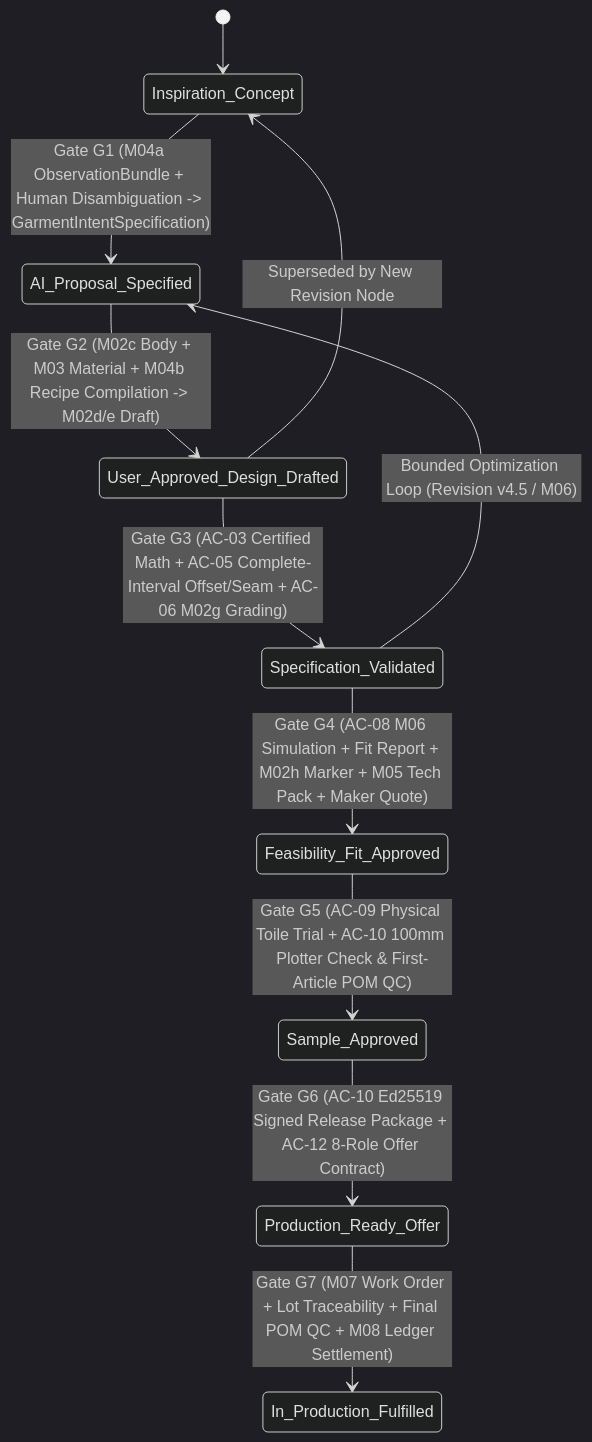
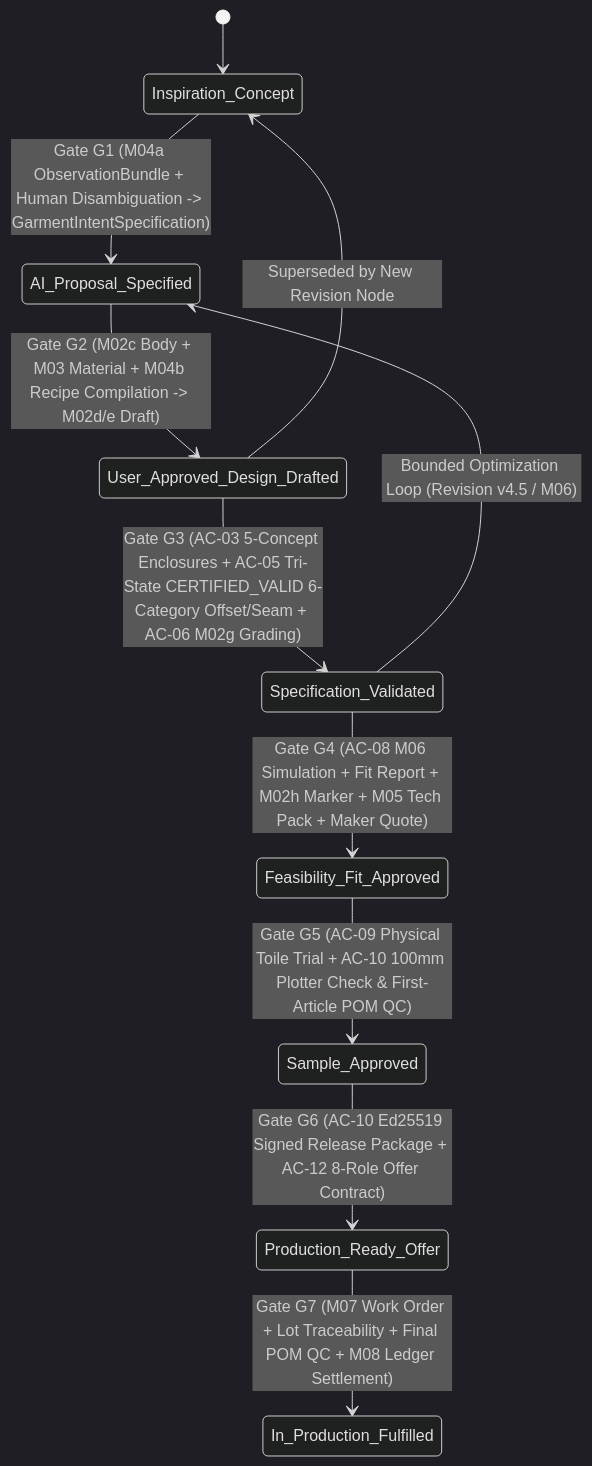
One commit to bobcris/Patroner- changed the diagram in plan/10_RELEASE_AND_GOVERNANCE_POLICY.md. Above: the diagram before and after it, drawn with Mermaid (dark theme). The commit also changed other lines of this file and 17 other files, not shown here.

````diff
--- a/plan/10_RELEASE_AND_GOVERNANCE_POLICY.md
+++ b/plan/10_RELEASE_AND_GOVERNANCE_POLICY.md
@@ -13,13 +13,13 @@
 ```mermaid
 stateDiagram-v2
   [*] --> Inspiration_Concept
   Inspiration_Concept --> AI_Proposal_Specified : Gate G1 (M04a ObservationBundle + Human Disambiguation -> GarmentIntentSpecification)
   AI_Proposal_Specified --> User_Approved_Design_Drafted : Gate G2 (M02c Body + M03 Material + M04b Recipe Compilation -> M02d/e Draft)
-  User_Approved_Design_Drafted --> Specification_Validated : Gate G3 (AC-03 Certified Math + AC-05 Complete-Interval Offset/Seam + AC-06 M02g Grading)
+  User_Approved_Design_Drafted --> Specification_Validated : Gate G3 (AC-03 5-Concept Enclosures + AC-05 Tri-State CERTIFIED_VALID 6-Category Offset/Seam + AC-06 M02g Grading)
   Specification_Validated --> Feasibility_Fit_Approved : Gate G4 (AC-08 M06 Simulation + Fit Report + M02h Marker + M05 Tech Pack + Maker Quote)
   Feasibility_Fit_Approved --> Sample_Approved : Gate G5 (AC-09 Physical Toile Trial + AC-10 100mm Plotter Check & First-Article POM QC)
   Sample_Approved --> Production_Ready_Offer : Gate G6 (AC-10 Ed25519 Signed Release Package + AC-12 8-Role Offer Contract)
   Production_Ready_Offer --> In_Production_Fulfilled : Gate G7 (M07 Work Order + Lot Traceability + Final POM QC + M08 Ledger Settlement)
   User_Approved_Design_Drafted --> Inspiration_Concept : Superseded by New Revision Node
   Specification_Validated --> AI_Proposal_Specified : Bounded Optimization Loop (Revision v4.5 / M06)
 ```
````
